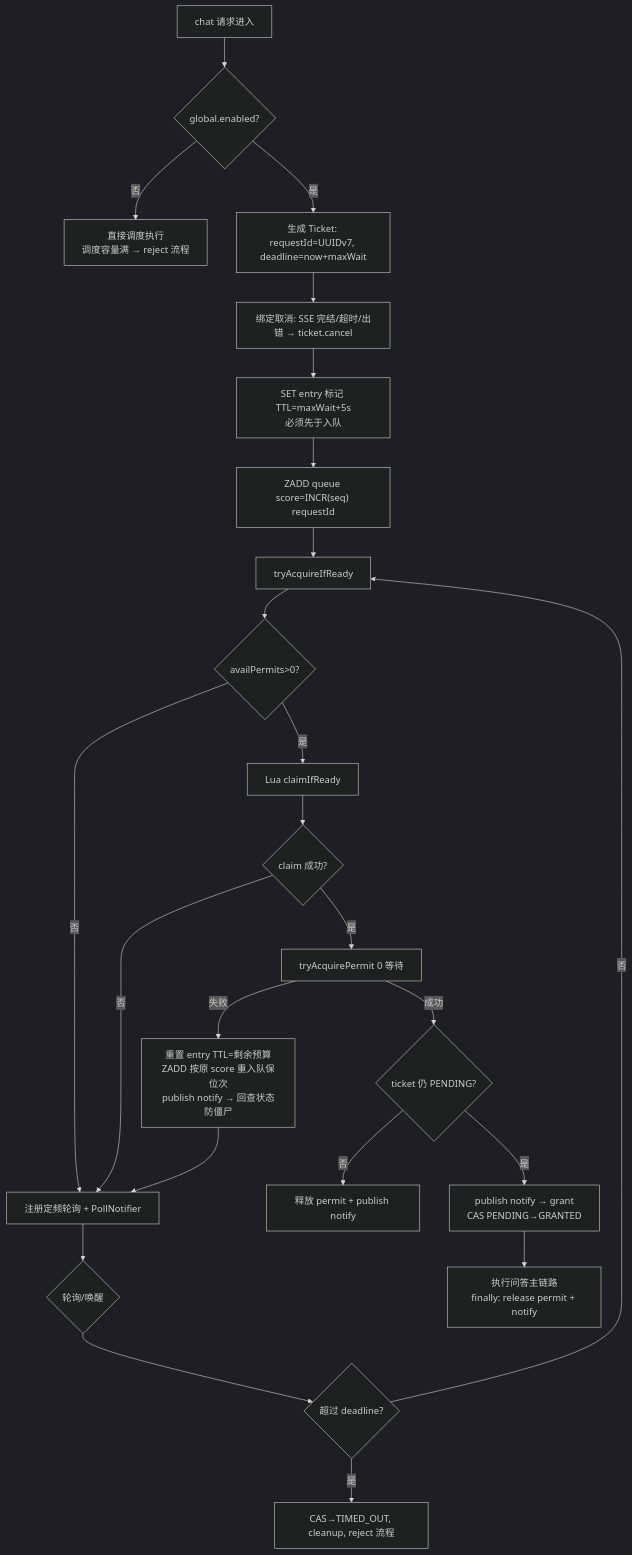
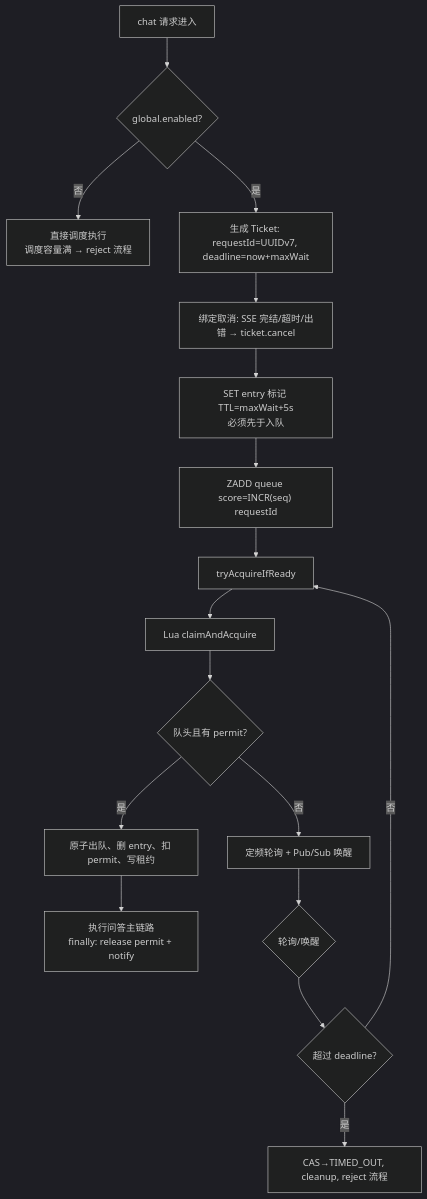
The first of 7 diagrams in docs/05-流量保护与韧性设计.md (wangtongzhou520/rag-agent), drawn with Mermaid (dark theme) before and after one commit. The commit also changed other lines of this file and 13 other files, not shown here.

````diff
--- a/docs/05-流量保护与韧性设计.md
+++ b/docs/05-流量保护与韧性设计.md
@@ -111,25 +111,19 @@
 ```mermaid
 flowchart TD
     A[chat 请求进入] --> B{global.enabled?}
     B -- 否 --> B1[直接调度执行<br/>调度容量满 → reject 流程]
     B -- 是 --> C[生成 Ticket: requestId=UUIDv7, deadline=now+maxWait]
     C --> D[绑定取消: SSE 完结/超时/出错 → ticket.cancel]
     D --> E[SET entry 标记 TTL=maxWait+5s<br/>必须先于入队]
     E --> F["ZADD queue score=INCR(seq) requestId"]
     F --> G[tryAcquireIfReady]
-    G --> H{availPermits>0?}
-    H -- 否 --> I[注册定频轮询 + PollNotifier]
-    H -- 是 --> J[Lua claimIfReady]
-    J --> K{claim 成功?}
-    K -- 否 --> I
-    K -- 是 --> L[tryAcquirePermit 0 等待]
-    L -- 失败 --> M[重置 entry TTL=剩余预算<br/>ZADD 按原 score 重入队保位次<br/>publish notify → 回查状态防僵尸] --> I
-    L -- 成功 --> N{ticket 仍 PENDING?}
-    N -- 否 --> O[释放 permit + publish notify]
-    N -- 是 --> P[publish notify → grant<br/>CAS PENDING→GRANTED]
+    G --> J[Lua claimAndAcquire]
+    J --> K{队头且有 permit?}
+    K -- 否 --> I[定频轮询 + Pub/Sub 唤醒]
+    K -- 是 --> P[原子出队、删 entry、扣 permit、写租约]
     P --> Q[执行问答主链路<br/>finally: release permit + notify]
     I --> R{轮询/唤醒}
     R --> S{超过 deadline?}
     S -- 是 --> T[CAS→TIMED_OUT, cleanup, reject 流程]
     S -- 否 --> G
 ```
````
